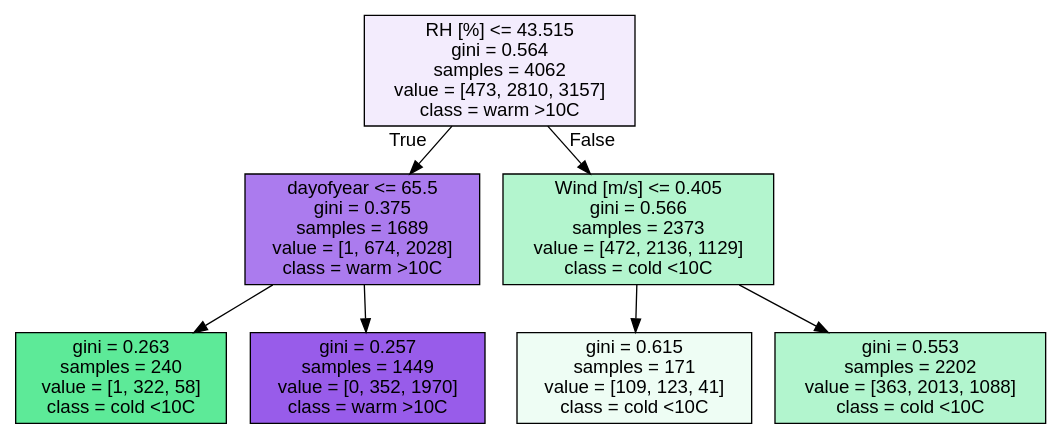
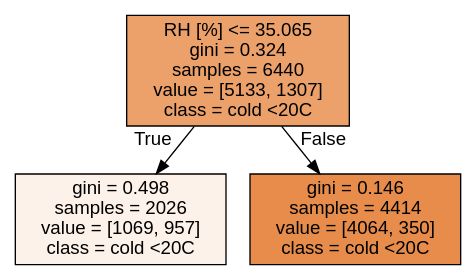
One commit to eabarnes1010/course_ml_ats changed the diagram in figures/tree_classifier_christman.dot. Above: the diagram before and after it, drawn with Graphviz. The commit also changed 6 other files, not shown here.

```diff
--- a/figures/tree_classifier_christman.dot
+++ b/figures/tree_classifier_christman.dot
@@ -1,17 +1,9 @@
 digraph Tree {
 node [shape=box, style="filled", color="black", fontname="helvetica"] ;
 edge [fontname="helvetica"] ;
-0 [label="RH [%] <= 43.515\ngini = 0.564\nsamples = 4062\nvalue = [473, 2810, 3157]\nclass = warm >10C", fillcolor="#f3ecfd"] ;
-1 [label="dayofyear <= 65.5\ngini = 0.375\nsamples = 1689\nvalue = [1, 674, 2028]\nclass = warm >10C", fillcolor="#ab7bee"] ;
+0 [label="RH [%] <= 35.065\ngini = 0.324\nsamples = 6440\nvalue = [5133, 1307]\nclass = cold <20C", fillcolor="#eca16b"] ;
+1 [label="gini = 0.498\nsamples = 2026\nvalue = [1069, 957]\nclass = cold <20C", fillcolor="#fcf2ea"] ;
 0 -> 1 [labeldistance=2.5, labelangle=45, headlabel="True"] ;
-2 [label="gini = 0.263\nsamples = 240\nvalue = [1, 322, 58]\nclass = cold <10C", fillcolor="#5dea98"] ;
-1 -> 2 ;
-3 [label="gini = 0.257\nsamples = 1449\nvalue = [0, 352, 1970]\nclass = warm >10C", fillcolor="#985cea"] ;
-1 -> 3 ;
-4 [label="Wind [m/s] <= 0.405\ngini = 0.566\nsamples = 2373\nvalue = [472, 2136, 1129]\nclass = cold <10C", fillcolor="#b3f5ce"] ;
-0 -> 4 [labeldistance=2.5, labelangle=-45, headlabel="False"] ;
-5 [label="gini = 0.615\nsamples = 171\nvalue = [109, 123, 41]\nclass = cold <10C", fillcolor="#eefdf4"] ;
-4 -> 5 ;
-6 [label="gini = 0.553\nsamples = 2202\nvalue = [363, 2013, 1088]\nclass = cold <10C", fillcolor="#b2f5ce"] ;
-4 -> 6 ;
+2 [label="gini = 0.146\nsamples = 4414\nvalue = [4064, 350]\nclass = cold <20C", fillcolor="#e78c4a"] ;
+0 -> 2 [labeldistance=2.5, labelangle=-45, headlabel="False"] ;
 }
```
